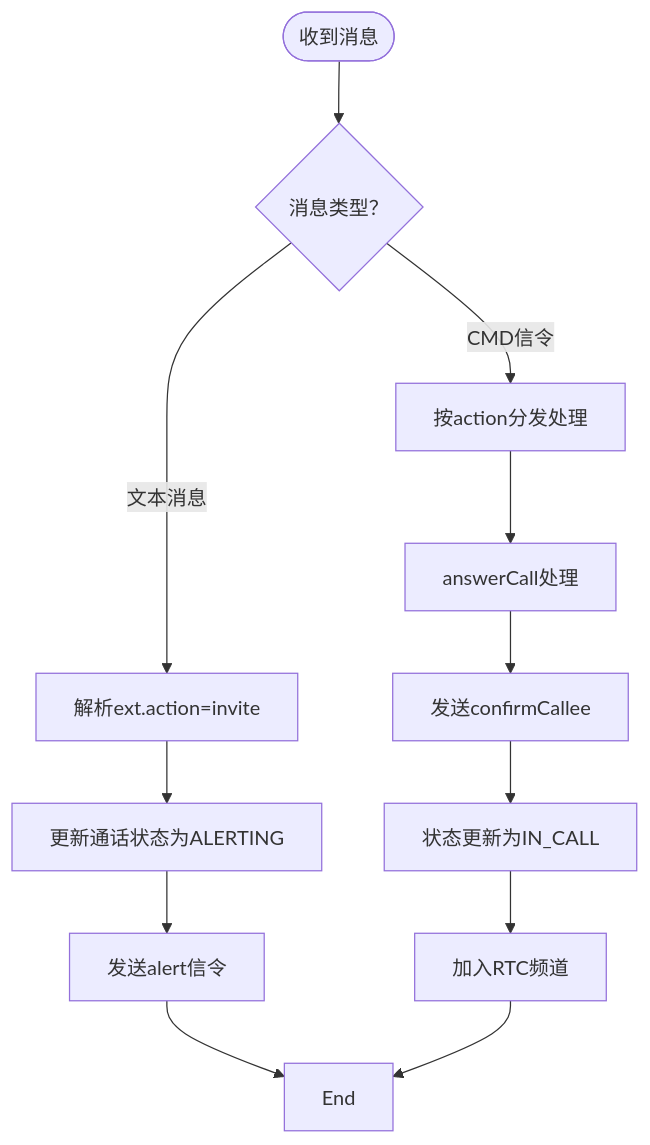
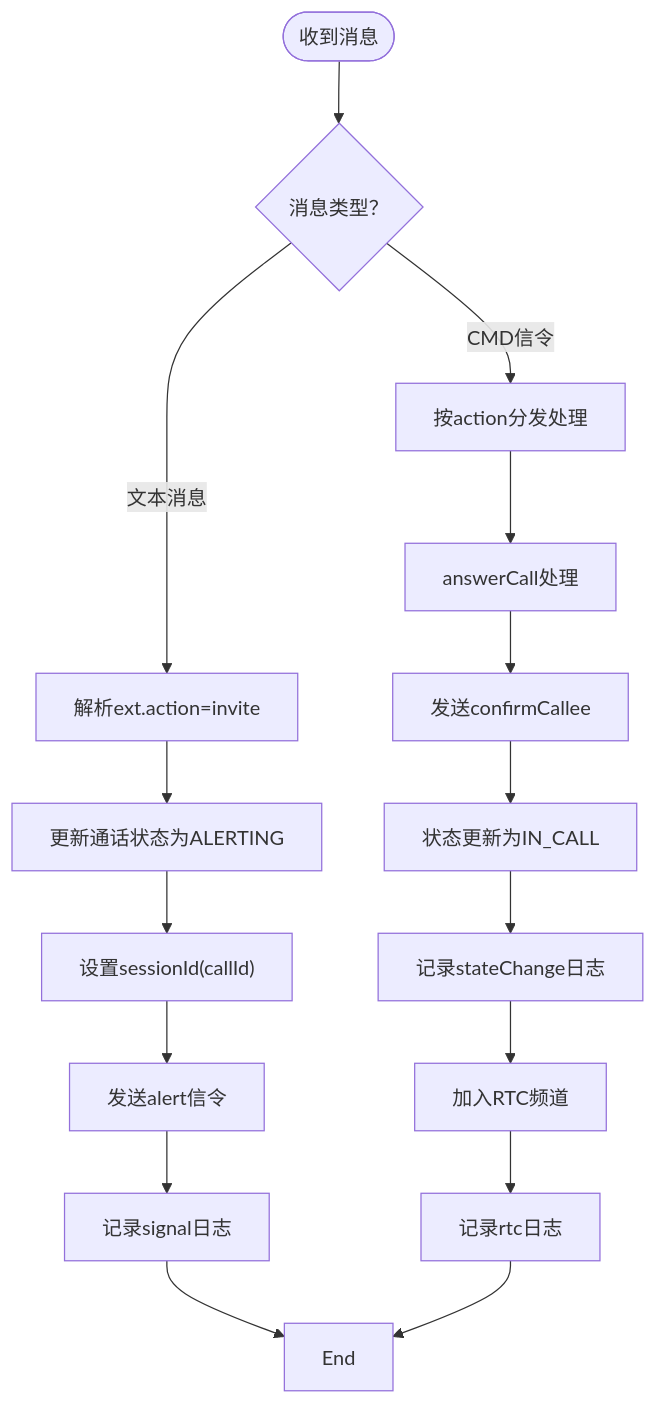
Before and after one commit to Easemob-Community/easemob-uikit-callkit-vue3: the fourth of 7 diagrams in .qoder/repowiki/zh/content/高级功能/高级功能.md, drawn with Mermaid. The commit also changed other lines of this file and 58 other files, not shown here.

````diff
--- a/.qoder/repowiki/zh/content/高级功能/高级功能.md
+++ b/.qoder/repowiki/zh/content/高级功能/高级功能.md
@@ -242,14 +285,18 @@
 ```mermaid
 flowchart TD
 Start(["收到消息"]) --> Type{"消息类型？"}
 Type --> |文本消息| Invite["解析ext.action=invite"]
 Invite --> Update["更新通话状态为ALERTING"]
-Update --> Alert["发送alert信令"]
-Alert --> End
+Update --> SetSession["设置sessionId(callId)"]
+SetSession --> Alert["发送alert信令"]
+Alert --> LogSignal["记录signal日志"]
+LogSignal --> End
 Type --> |CMD信令| Dispatch["按action分发处理"]
 Dispatch --> Answer["answerCall处理"]
 Answer --> ConfirmCallee["发送confirmCallee"]
 ConfirmCallee --> InCall["状态更新为IN_CALL"]
-InCall --> JoinRTC["加入RTC频道"]
-JoinRTC --> End
+InCall --> LogState["记录stateChange日志"]
+LogState --> JoinRTC["加入RTC频道"]
+JoinRTC --> LogRtc["记录rtc日志"]
+LogRtc --> End
 ```
````
